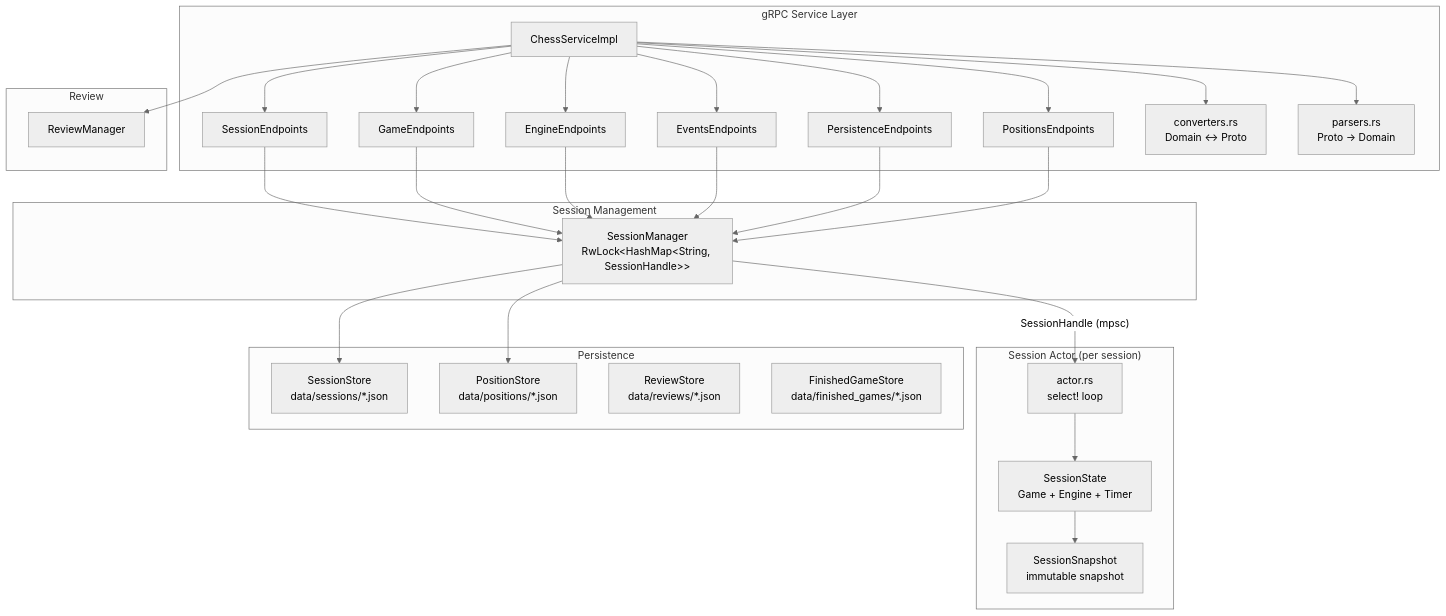
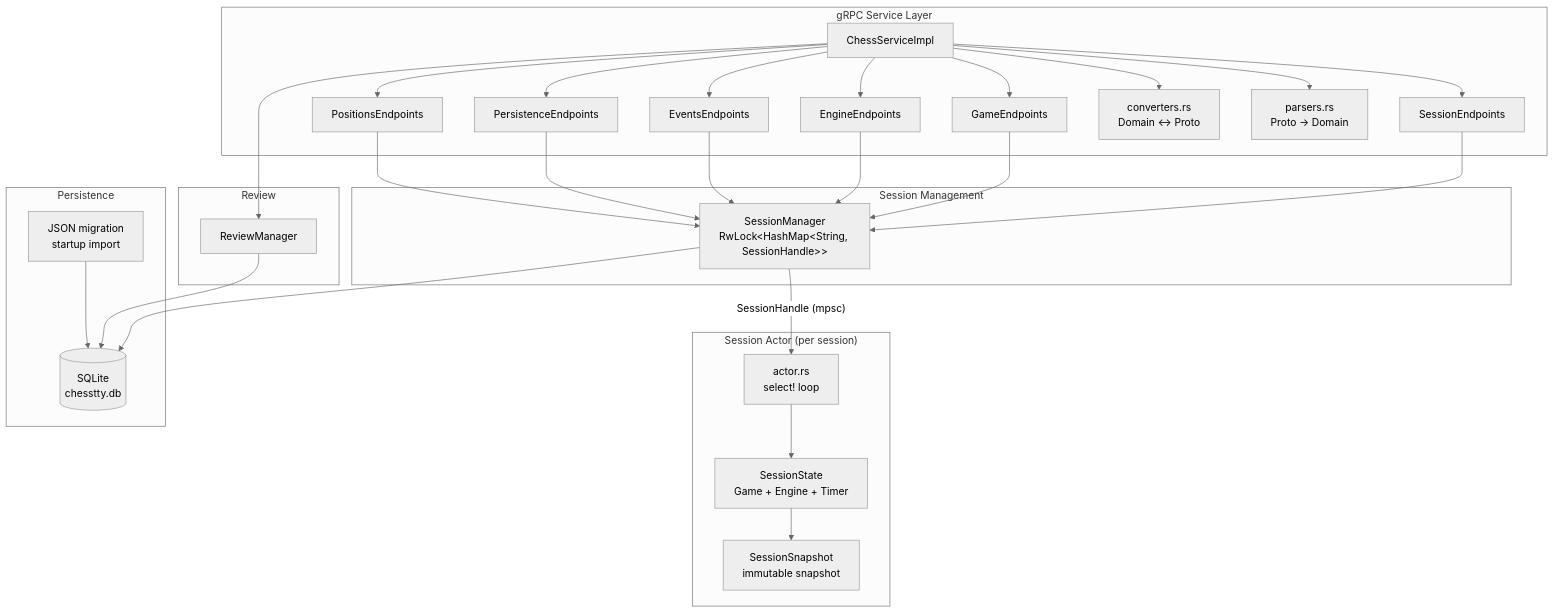
One commit to benediktms/chesstty changed the first of 2 diagrams in server/README.md. Above: the diagram before and after it, drawn with Mermaid (neutral theme). The commit also changed other lines of this file and 4 other files, not shown here.

````diff
--- a/server/README.md
+++ b/server/README.md
@@ -9,44 +9,44 @@
 ```mermaid
 graph TB
     subgraph "gRPC Service Layer"
         SVC[ChessServiceImpl]
         SE[SessionEndpoints]
         GE[GameEndpoints]
         EE[EngineEndpoints]
         EVE[EventsEndpoints]
         PE[PersistenceEndpoints]
         POE[PositionsEndpoints]
         CONV[converters.rs<br/>Domain ↔ Proto]
         PARSE[parsers.rs<br/>Proto → Domain]
     end
 
     subgraph "Session Management"
         SM[SessionManager<br/>RwLock&lt;HashMap&lt;String, SessionHandle&gt;&gt;]
     end
 
     subgraph "Session Actor (per session)"
         ACTOR[actor.rs<br/>select! loop]
         STATE[SessionState<br/>Game + Engine + Timer]
         SNAP[SessionSnapshot<br/>immutable snapshot]
     end
 
     subgraph "Review"
         RM[ReviewManager]
     end
 
     subgraph "Persistence"
-        SS[SessionStore<br/>data/sessions/*.json]
-        PS[PositionStore<br/>data/positions/*.json]
-        RS[ReviewStore<br/>data/reviews/*.json]
-        FG[FinishedGameStore<br/>data/finished_games/*.json]
+        DB[(SQLite<br/>chesstty.db)]
+        MIG[JSON migration<br/>startup import]
     end
 
     SVC --> SE & GE & EE & EVE & PE & POE
     SE & GE & EE & EVE & PE & POE --> SM
     SVC --> CONV & PARSE
     SVC --> RM
     SM -->|"SessionHandle (mpsc)"| ACTOR
     ACTOR --> STATE
     STATE --> SNAP
-    SM --> SS & PS
+    SM --> DB
+    RM --> DB
+    MIG --> DB
 ```
````
